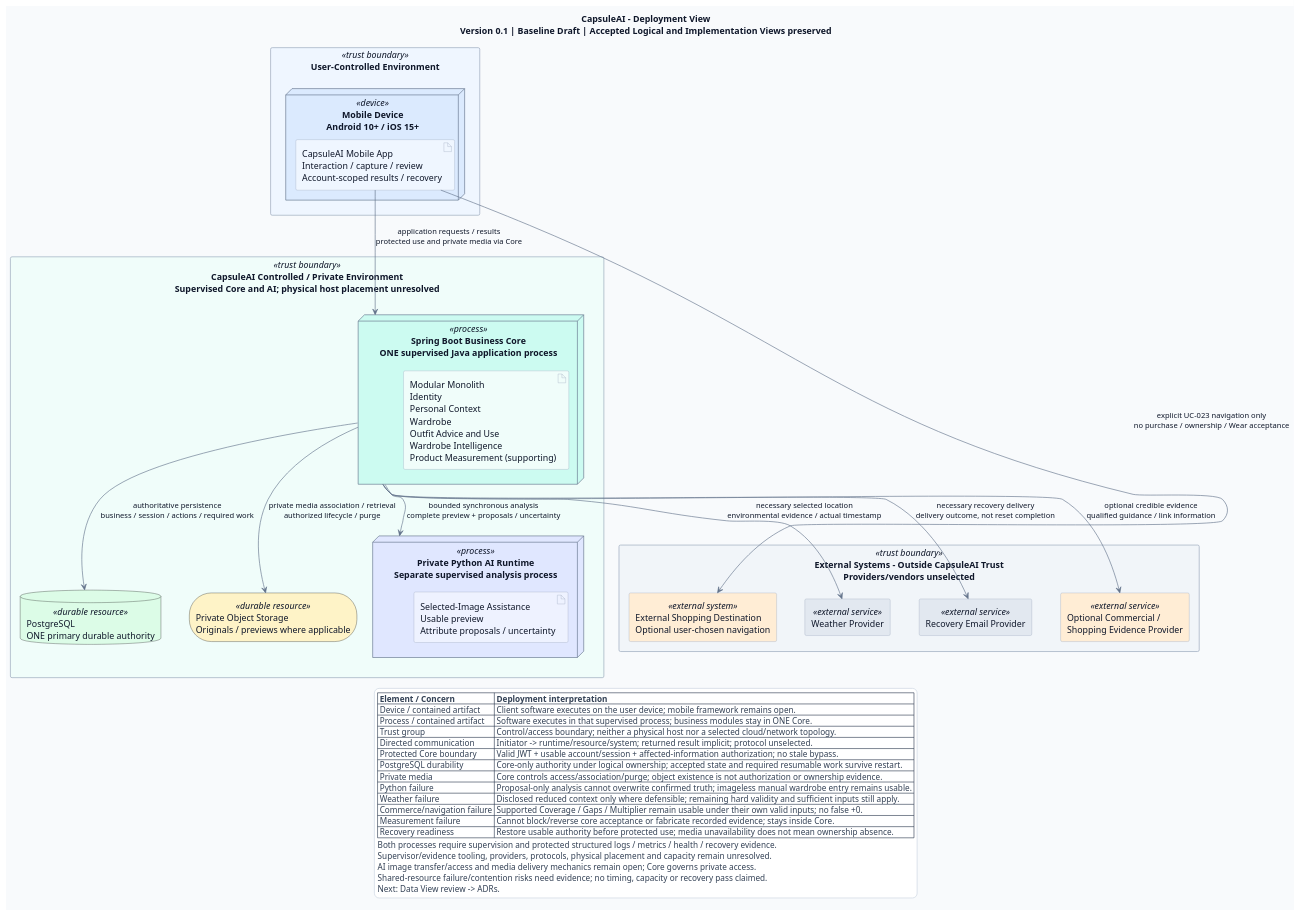
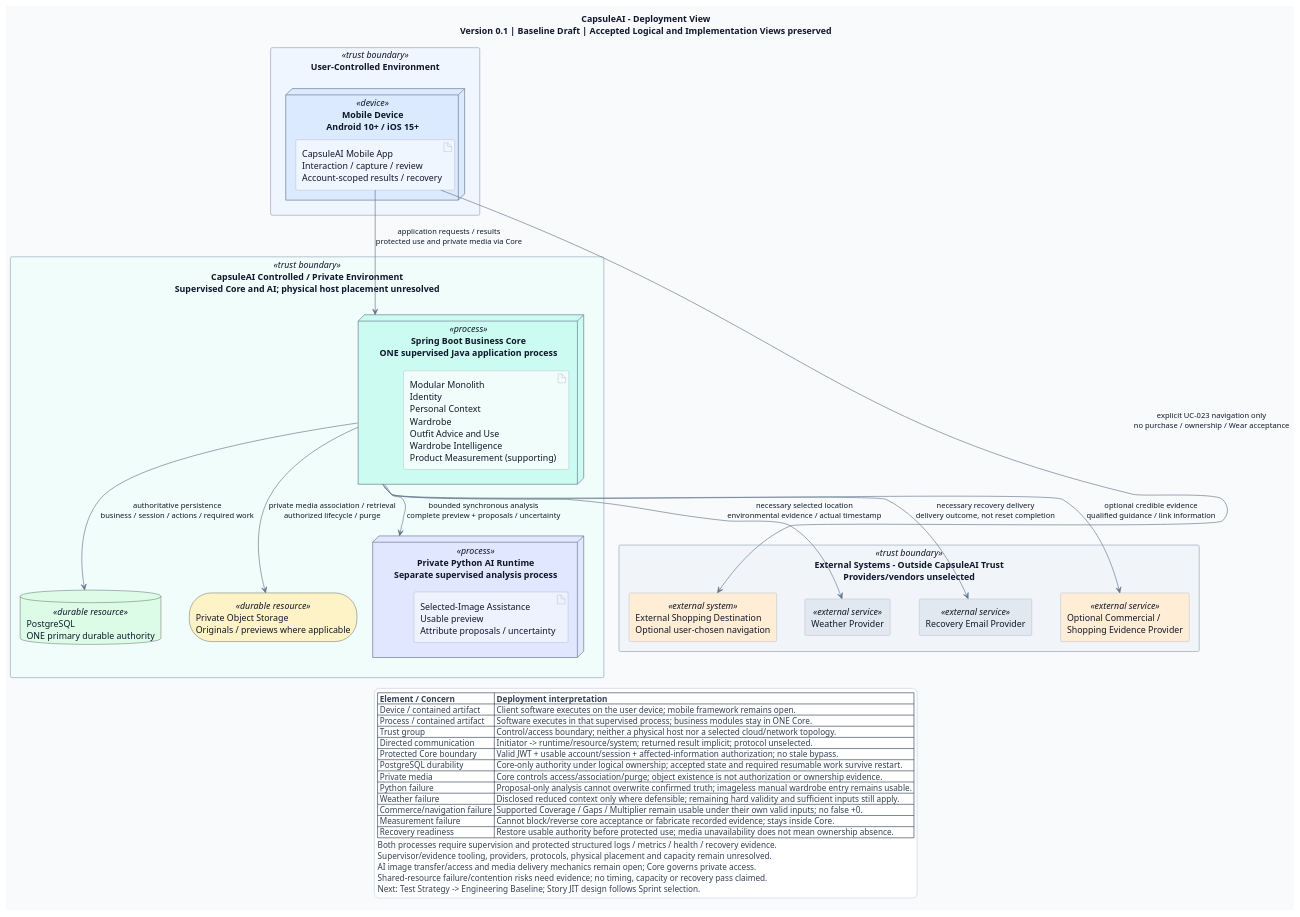
Before and after one commit to luubinhdeptrai/CapsuleAI: the diagram in docs/04-architecture/views/deployment-view.puml, drawn with PlantUML. The commit also changed 11 other files, not shown here.

```diff
--- a/docs/04-architecture/views/deployment-view.puml
+++ b/docs/04-architecture/views/deployment-view.puml
@@ -1,147 +1,147 @@
 @startuml
 ' Artifact: CapsuleAI Deployment View
 ' Version: 0.1; Status: Baseline Draft; Date: 2026-10-11
 ' Primary Sources: ADD v0.1.2, Selected Architecture Decisions v0.1.3 (ADA-001-018 Selected),
 ' approved Logical View v0.1 and approved Implementation View v0.1.
 ' Human acceptance of both existing views is explicit in this Deployment View task.
 ' Source versions are authoring inputs; subsequent navigation-only patches preserve meaning.
 ' Navigation update only, 2026-10-11: all three preceding views human-accepted; Data v0.1 exists.
-' Runtime/resources/trust boundaries unchanged; Data View review precedes ADRs.
+' Runtime/resources/trust boundaries unchanged; 2026-10-20 handoff: Test Strategy, then Engineering Baseline.
 ' Process: Initial files/CapsuleAI_Scrum_Development_Workflow.md, Sections 23/39-43/46.
 ' Scope: runtime processes, deployment nodes, durable resources, external systems, communication
 ' and trust boundaries. Controlled environment denotes control, not a physical host or cloud.
 ' Not Scope: physical schema, exact cloud topology, infrastructure-as-code, network configuration,
 ' source-code internals, detailed sequences/states, provider contracts or a Data View.
 ' Repository inspection: 68 existing documentation/reference files; no source/build/config baseline.
 ' Current requirements: BRD v0.3, PRD v0.2, SRS v0.3, Business Rules v0.1.2;
 ' master Use Case Diagram, all 23 UC specifications and 12 Activity Diagrams.
 ' QA/ASR/ADA/ADD, Scrum sources and historical/reference context were re-read;
 ' complete current Implementation View re-read immediately before drawing; no owner redesign.
 '
 ' Traceability: Core/PG authority -> ADA-001/002/003/008/009/016; ASR-SEC-001, REL-001/002.
 ' AI/media -> ADA-004/005/007/012/013; ASR-PERF-001, SEC-002, INT-001; UC-007/010.
 ' Providers/navigation -> ADA-006/010/018; ASR-INT-001; UC-004/006/021-023, SI-002-004.
 ' Supervision/protected evidence -> ADA-013/014; ASR-REL-002/TEST-001; QA-REL-03/SUP-01.
 ' Internal boundaries remain those accepted in Logical/Implementation Views (ADA-015-018).
 '
 ' Validation evidence remains required, not achieved by this view (SRS Sections 2.3/12.3):
 ' NFR-PERF-001: p95 <=5 s from accepted post-transfer analysis to BOTH usable preview/proposals;
 ' include actual core/AI/media/result overhead, exclude initial upload and user review time.
 ' NFR-PERF-002: p95 <3 s from accepted request with context to FIRST COMPLETE daily result,
 ' exactly 100 confirmed garments; evaluation runs in Core using current authoritative inputs.
 ' NFR-TEST-003: 5 warm-ups, >=100 measured runs, legitimate slow runs retained, reference
 ' device/network/environment recorded. NFR-SCA-002: 20 active users is separate integrity evidence.
 ' NFR-REL-003: restore authorized core operation <=5 minutes after recoverable validation restart,
 ' accepted state intact and applicable fallbacks available; no production SLA, disaster RPO or pass.
 ' No timeout is inferred from a p95 target; numeric AI waiting policy remains downstream.
 '
 ' PostgreSQL tracks restart-surviving required owner work: association/physical deletion/retention/
 ' recovery where applicable. Local in-memory events/timers and optional measurement are insufficient.
 ' Immediate effective withdrawal is distinct from later physical purge (DATA-RET-001-003).
 ' Applicable copies/versions follow the same lifecycle; exact work scheduling/retry remains open.
 ' PG and private media are separate durable resources; no cross-resource atomicity is claimed.
 ' Python has no direct confirmed business-state or PG access; analysis never confirms a garment.
 ' AI image transfer/access and temporary authorized media delivery mechanics remain unresolved;
 ' therefore there is no direct AI or Mobile -> Object Storage path in this baseline.
 '
 ' Commercial evidence and External Shopping Destination are distinct external roles, possibly
 ' supplied by the same system; this does not require two vendors or new shopping integration.
 ' Core qualifies available evidence/link information; Mobile carries the explicit UC-023 handoff.
 ' The navigation arrow allocates client interaction, not a browser/deep-link/redirect mechanism.
 ' No purchase/ownership/Wear acceptance or unrelated private-data disclosure follows navigation.
 ' Weather acquisition retains UC-006 authority; consuming assessments use its resulting context.
 ' Personal selected-image assistance is purpose-limited; no MVP personal-data training/improvement.
 '
 ' Open: physical hosts/counts/co-location, resource sizing/model compute, runtime versions,
 ' providers/hosting, process supervisor, protocols/ports, AI image transfer, media delivery,
 ' operating evidence tooling, durable-work/recovery mechanics; resolve from actual evidence.
 ' Process separation establishes neither host separation nor immunity to shared-resource failure.
 ' No dedicated cache, broker, independently deployed business modules or cloud platform is added.
 ' Notation checked against official PlantUML documentation via Context7, 2026-10-11:
 ' https://plantuml.com/deployment-diagram and https://plantuml.com/command-line
 
 title CapsuleAI - Deployment View\nVersion 0.1 | Baseline Draft | Accepted Logical and Implementation Views preserved
 top to bottom direction
 skinparam backgroundColor #F8FAFC
 skinparam shadowing false
 skinparam defaultFontSize 14
 skinparam ArrowFontSize 12
 skinparam defaultFontColor #0F172A
 skinparam ArrowColor #64748B
 skinparam nodesep 45
 skinparam ranksep 65
 skinparam rectangle {
   BorderColor #94A3B8
   FontColor #0F172A
 }
 skinparam node {
   BorderColor #64748B
   FontColor #0F172A
 }
 skinparam artifact {
   BorderColor #94A3B8
   FontColor #0F172A
 }
 skinparam legend {
   BackgroundColor #FFFFFF
   BorderColor #CBD5E1
   FontColor #334155
   FontSize 13
 }
 
 rectangle "User-Controlled Environment" as UserBoundary <<trust boundary>> #EFF6FF {
     node "Mobile Device\nAndroid 10+ / iOS 15+" as Device <<device>> #DBEAFE {
         artifact "CapsuleAI Mobile App\nInteraction / capture / review\nAccount-scoped results / recovery" as Mobile #EFF6FF
     }
 }
 
 rectangle "CapsuleAI Controlled / Private Environment\nSupervised Core and AI; physical host placement unresolved" as PrivateBoundary <<trust boundary>> #F0FDFA {
     node "Spring Boot Business Core\nONE supervised Java application process" as Core <<process>> #CCFBF1 {
         artifact "Modular Monolith\nIdentity\nPersonal Context\nWardrobe\nOutfit Advice and Use\nWardrobe Intelligence\nProduct Measurement (supporting)" as BusinessApp #F0FDFA
     }
     node "Private Python AI Runtime\nSeparate supervised analysis process" as AI <<process>> #E0E7FF {
         artifact "Selected-Image Assistance\nUsable preview\nAttribute proposals / uncertainty" as Analysis #EEF2FF
     }
     database "PostgreSQL\nONE primary durable authority" as DB <<durable resource>> #DCFCE7
     storage "Private Object Storage\nOriginals / previews where applicable" as Media <<durable resource>> #FEF3C7
 }
 
 rectangle "External Systems - Outside CapsuleAI Trust\nProviders/vendors unselected" as ExternalBoundary <<trust boundary>> #F1F5F9 {
     rectangle "Weather Provider" as Weather <<external service>> #E2E8F0
     rectangle "Recovery Email Provider" as Email <<external service>> #E2E8F0
     rectangle "Optional Commercial /\nShopping Evidence Provider" as Commerce <<external service>> #FFEDD5
     rectangle "External Shopping Destination\nOptional user-chosen navigation" as Destination <<external system>> #FFEDD5
 }
 
 ' Communication arrows show initiation direction; returned evidence/results are implicit.
 ' Registration/login/recovery also use Mobile-Core; JWT/session/ownership gates protected use.
 Mobile --> Core : application requests / results\nprotected use and private media via Core
 Core --> AI : bounded synchronous analysis\ncomplete preview + proposals / uncertainty
 Core --> DB : authoritative persistence\nbusiness / session / actions / required work
 Core --> Media : private media association / retrieval\nauthorized lifecycle / purge
 Core --> Weather : necessary selected location\nenvironmental evidence / actual timestamp
 Core --> Email : necessary recovery delivery\ndelivery outcome, not reset completion
 Core --> Commerce : optional credible evidence\nqualified guidance / link information
 Mobile -[norank]-> Destination : explicit UC-023 navigation only\nno purchase / ownership / Wear acceptance
 
 legend bottom
   |= Element / Concern |= Deployment interpretation |
   | Device / contained artifact | Client software executes on the user device; mobile framework remains open. |
   | Process / contained artifact | Software executes in that supervised process; business modules stay in ONE Core. |
   | Trust group | Control/access boundary; neither a physical host nor a selected cloud/network topology. |
   | Directed communication | Initiator -> runtime/resource/system; returned result implicit; protocol unselected. |
   | Protected Core boundary | Valid JWT + usable account/session + affected-information authorization; no stale bypass. |
   | PostgreSQL durability | Core-only authority under logical ownership; accepted state and required resumable work survive restart. |
   | Private media | Core controls access/association/purge; object existence is not authorization or ownership evidence. |
   | Python failure | Proposal-only analysis cannot overwrite confirmed truth; imageless manual wardrobe entry remains usable. |
   | Weather failure | Disclosed reduced context only where defensible; remaining hard validity and sufficient inputs still apply. |
   | Commerce/navigation failure | Supported Coverage / Gaps / Multiplier remain usable under their own valid inputs; no false +0. |
   | Measurement failure | Cannot block/reverse core acceptance or fabricate recorded evidence; stays inside Core. |
   | Recovery readiness | Restore usable authority before protected use; media unavailability does not mean ownership absence. |
   Both processes require supervision and protected structured logs / metrics / health / recovery evidence.
   Supervisor/evidence tooling, providers, protocols, physical placement and capacity remain unresolved.
   AI image transfer/access and media delivery mechanics remain open; Core governs private access.
   Shared-resource failure/contention risks need evidence; no timing, capacity or recovery pass claimed.
-  Next: Data View review -> ADRs.
+  Next: Test Strategy -> Engineering Baseline; Story JIT design follows Sprint selection.
 endlegend
 @enduml
```
